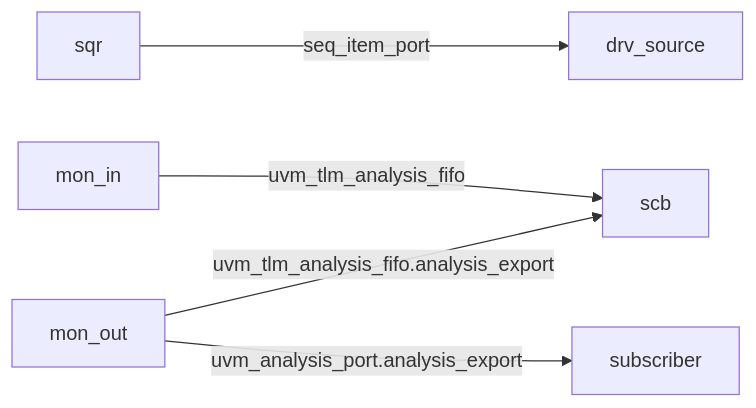
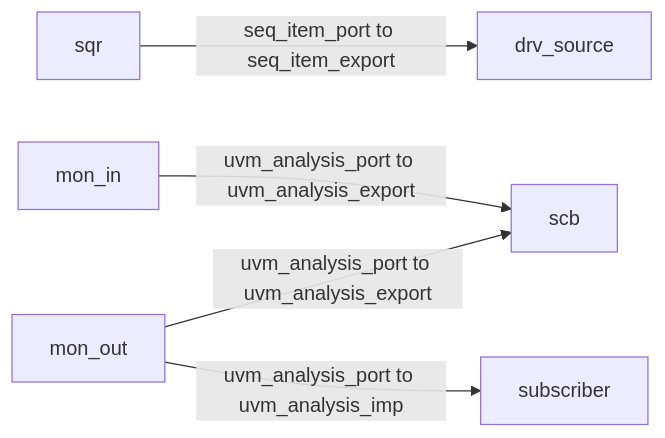
Before and after one commit to a5071250717/UVM_PRATICE: the third of 3 diagrams in RV_FIFO/README.md, drawn with Mermaid. The commit also changed other lines of this file, not shown here.

````diff
--- a/RV_FIFO/README.md
+++ b/RV_FIFO/README.md
@@ -158,7 +159,7 @@
 ```mermaid
 flowchart LR
-rv_sqr["sqr"] --> |seq_item_port|rv_drv_source["drv_source"]
-rv_mon_in["mon_in"] -->|uvm_tlm_analysis_fifo|rv_scb["scb"]
-rv_mon_out["mon_out"] -->|uvm_tlm_analysis_fifo.analysis_export|rv_scb["scb"]
-rv_mon_out["mon_out"] -->|uvm_analysis_port.analysis_export|rv_subscriber["subscriber"]
+rv_sqr["sqr"] --> |seq_item_port to seq_item_export|rv_drv_source["drv_source"]
+rv_mon_in["mon_in"] -->|uvm_analysis_port to uvm_analysis_export|rv_scb["scb"]
+rv_mon_out["mon_out"] -->|uvm_analysis_port to uvm_analysis_export|rv_scb["scb"]
+rv_mon_out["mon_out"] -->|uvm_analysis_port to uvm_analysis_imp|rv_subscriber["subscriber"]
 ```
````
